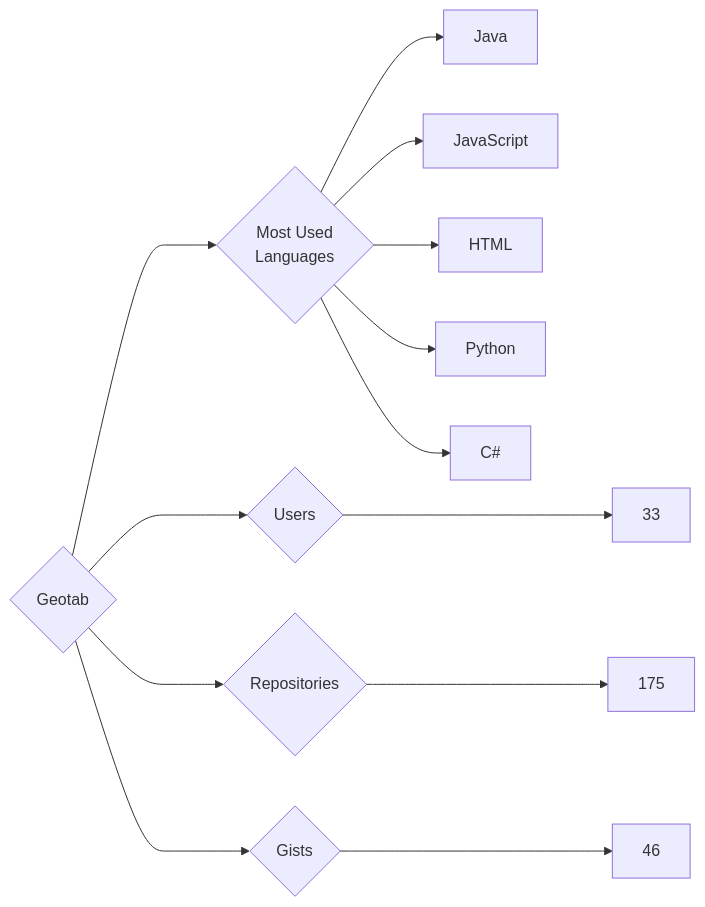
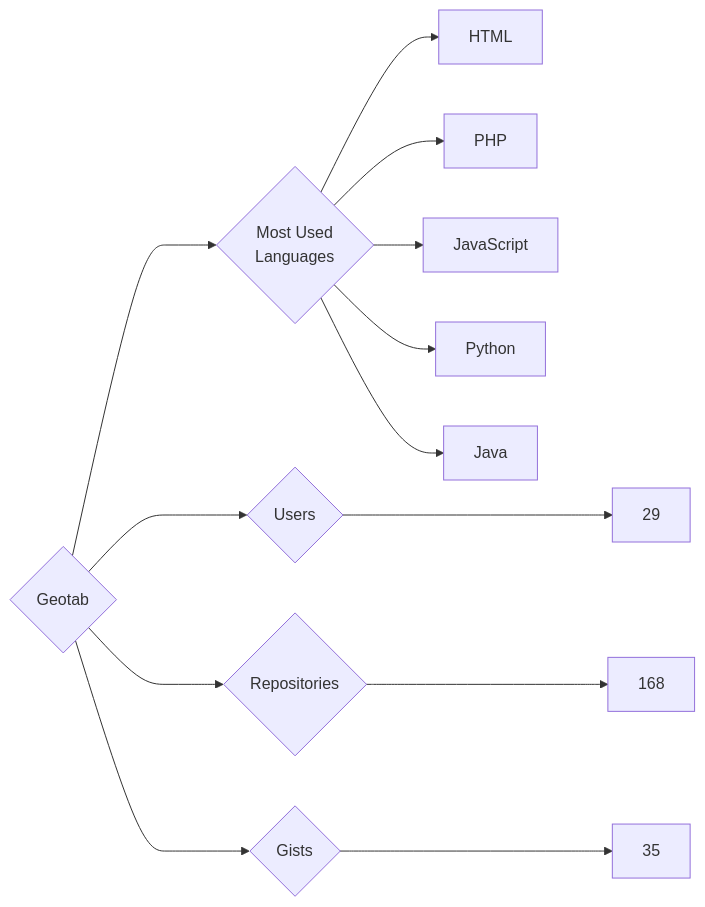
Before and after one commit to trickest/insiders: the diagram in targets/Geotab/README.md, drawn with Mermaid. The commit also changed 775 other files, not shown here.

````diff
--- a/targets/Geotab/README.md
+++ b/targets/Geotab/README.md
@@ -3,13 +3,13 @@
 ```mermaid
 graph LR
 COMPANY_NAME{Geotab}
-COMPANY_NAME ---> U{Users} ---> UN[33]
-COMPANY_NAME ---> R{Repositories} ---> RN[175]
-COMPANY_NAME ---> G{Gists} ---> GN[46]
+COMPANY_NAME ---> U{Users} ---> UN[29]
+COMPANY_NAME ---> R{Repositories} ---> RN[168]
+COMPANY_NAME ---> G{Gists} ---> GN[35]
 COMPANY_NAME ---> ML{Most Used<br>Languages}
+ML --> HTML[HTML]
+ML --> PHP[PHP]
+ML --> JavaScript[JavaScript]
+ML --> Python[Python]
 ML --> Java[Java]
-ML --> JavaScript[JavaScript]
-ML --> HTML[HTML]
-ML --> Python[Python]
-ML --> C#[C#]
 ```
````
